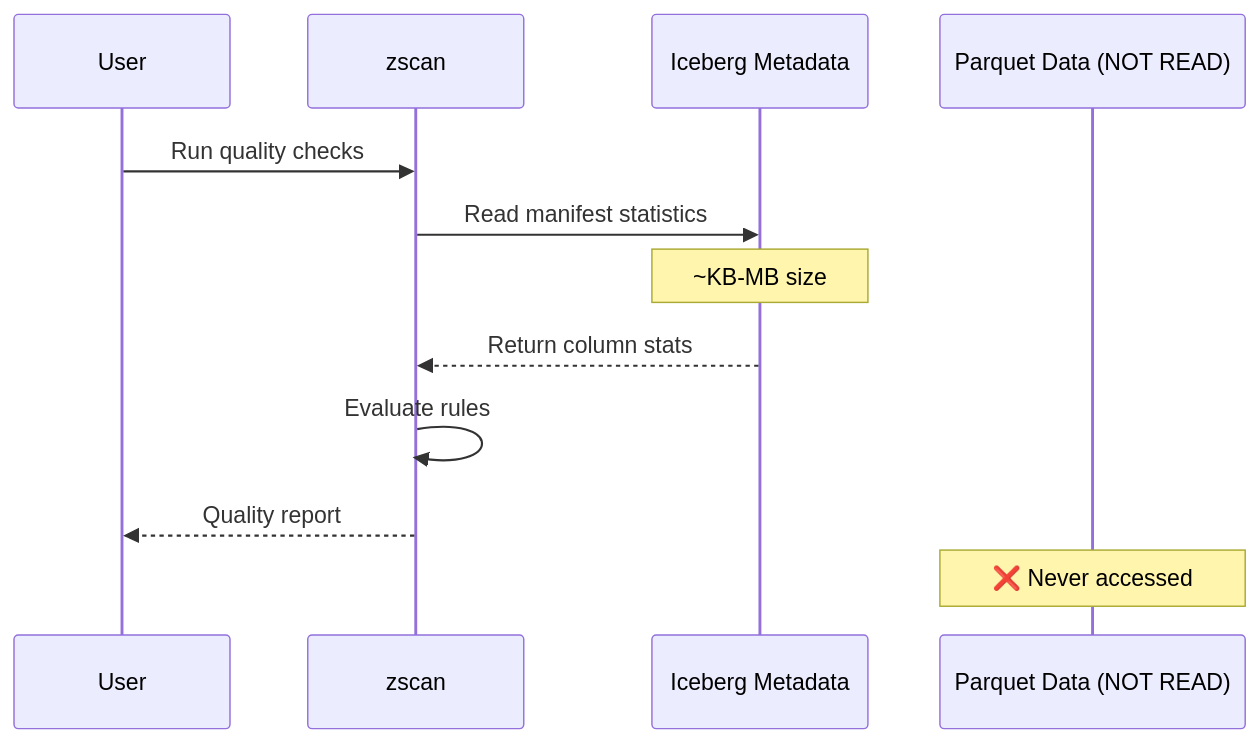
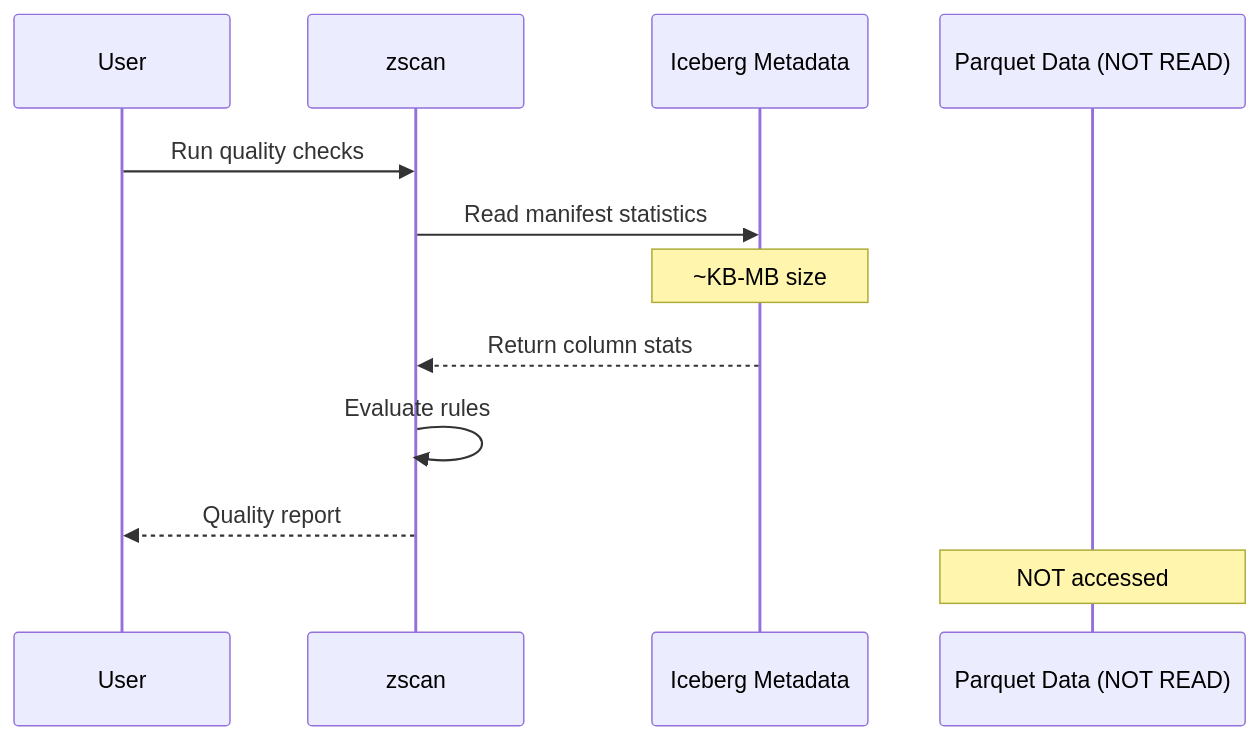
One commit to sendalcurian/zscan changed the second of 4 diagrams in README.md. Above: the diagram before and after it, drawn with Mermaid. The commit also changed other lines of this file, not shown here.

````diff
--- a/README.md
+++ b/README.md
@@ -66,16 +66,16 @@
 ```mermaid
 sequenceDiagram
     participant User
     participant zscan
     participant Metadata as Iceberg Metadata
     participant Data as Parquet Data (NOT READ)
 
     User->>zscan: Run quality checks
     zscan->>Metadata: Read manifest statistics
     Note over Metadata: ~KB-MB size
     Metadata-->>zscan: Return column stats
     zscan->>zscan: Evaluate rules
     zscan-->>User: Quality report
 
-    Note over Data: ❌ Never accessed
+    Note over Data: NOT accessed
 ```
````
